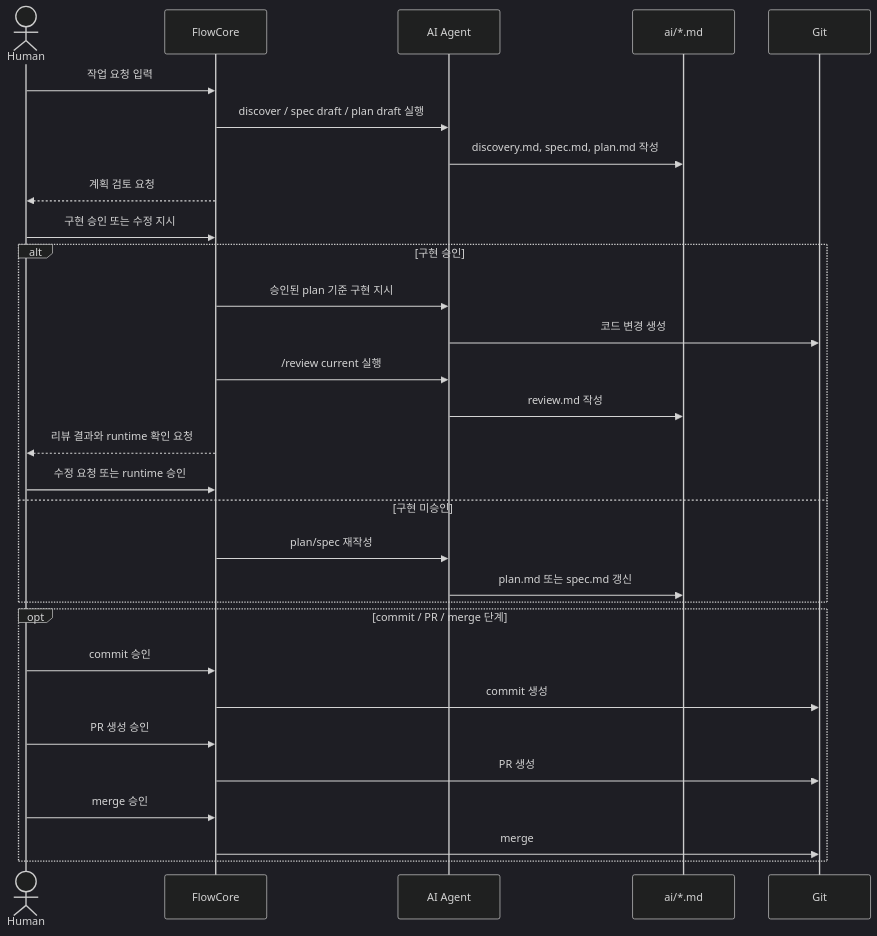
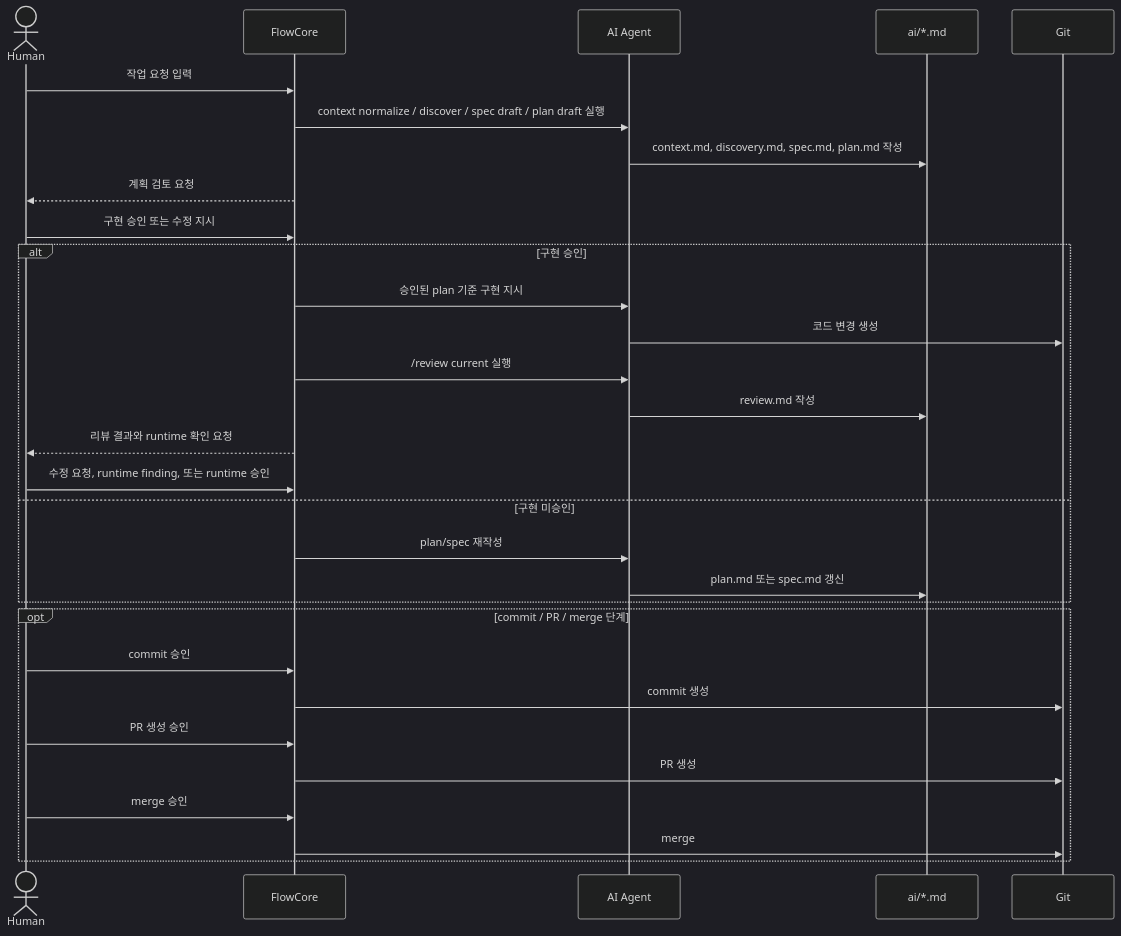
Before and after one commit to Allen-han21/FlowCore: the second of 2 diagrams in README.md, drawn with Mermaid (dark theme). The commit also changed other lines of this file and 6 other files, not shown here.

Commit message:
FlowCore 워크플로우 아키텍처 강화

````diff
--- a/README.md
+++ b/README.md
@@ -205,35 +296,35 @@
 ```mermaid
 sequenceDiagram
     actor Human
     participant FlowCore
     participant AI as AI Agent
     participant State as ai/*.md
     participant Git
 
     Human->>FlowCore: 작업 요청 입력
-    FlowCore->>AI: discover / spec draft / plan draft 실행
-    AI->>State: discovery.md, spec.md, plan.md 작성
+    FlowCore->>AI: context normalize / discover / spec draft / plan draft 실행
+    AI->>State: context.md, discovery.md, spec.md, plan.md 작성
     FlowCore-->>Human: 계획 검토 요청
     Human->>FlowCore: 구현 승인 또는 수정 지시
 
     alt 구현 승인
         FlowCore->>AI: 승인된 plan 기준 구현 지시
         AI->>Git: 코드 변경 생성
         FlowCore->>AI: /review current 실행
         AI->>State: review.md 작성
         FlowCore-->>Human: 리뷰 결과와 runtime 확인 요청
-        Human->>FlowCore: 수정 요청 또는 runtime 승인
+        Human->>FlowCore: 수정 요청, runtime finding, 또는 runtime 승인
     else 구현 미승인
         FlowCore->>AI: plan/spec 재작성
         AI->>State: plan.md 또는 spec.md 갱신
     end
 
     opt commit / PR / merge 단계
         Human->>FlowCore: commit 승인
         FlowCore->>Git: commit 생성
         Human->>FlowCore: PR 생성 승인
         FlowCore->>Git: PR 생성
         Human->>FlowCore: merge 승인
         FlowCore->>Git: merge
     end
 ```
````
